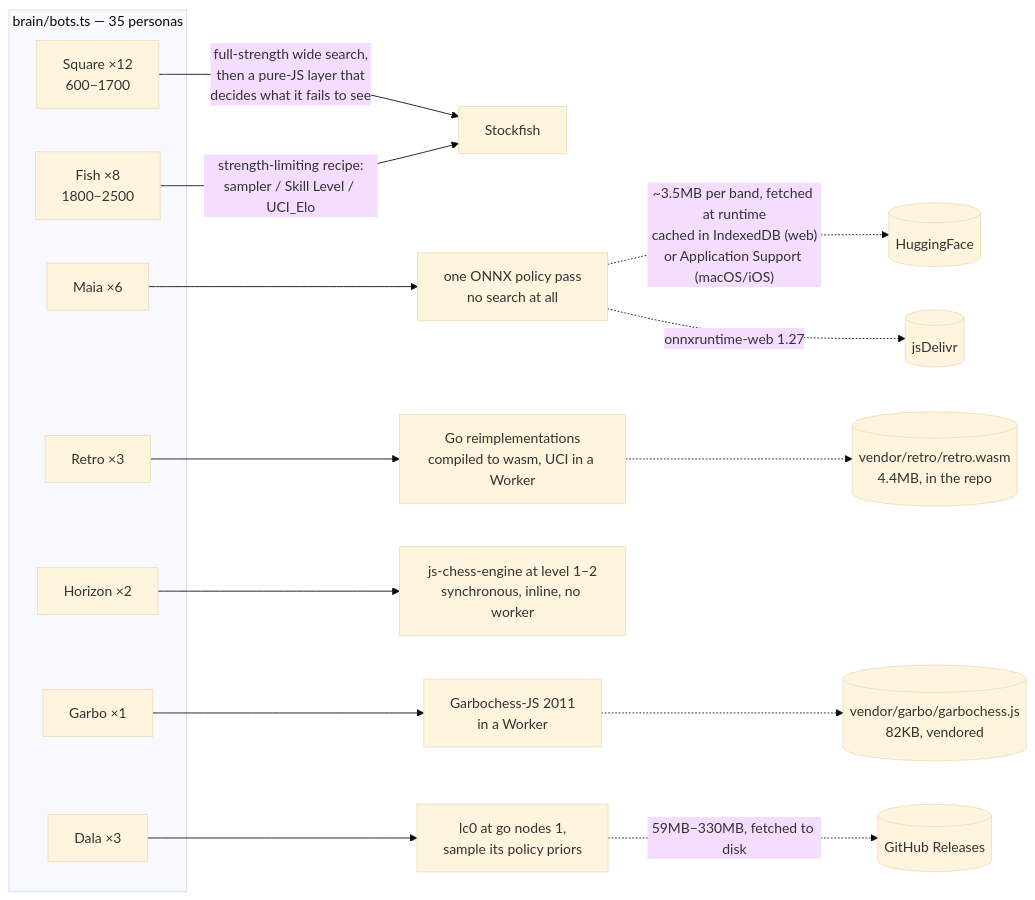
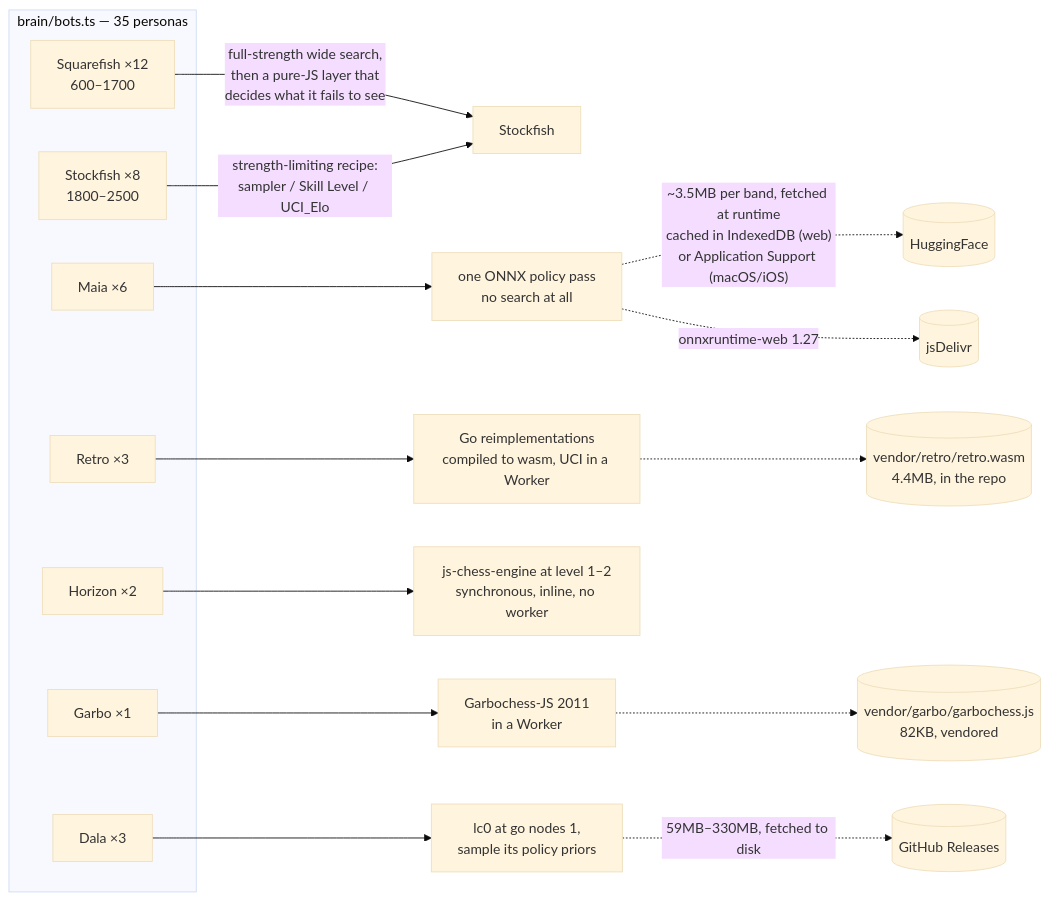
The third of 5 diagrams in ARCHITECTURE.md (quadrismegistus/botvinnik), drawn with Mermaid (base theme) before and after one commit. The commit also changed other lines of this file and 8 other files, not shown here.

````diff
--- a/ARCHITECTURE.md
+++ b/ARCHITECTURE.md
@@ -88,26 +88,26 @@
 ```mermaid
 flowchart LR
     subgraph FAM["brain/bots.ts — 35 personas"]
-        SQ["Square ×12<br/>600–1700"]
-        FI["Fish ×8<br/>1800–2500"]
+        SQ["Squarefish ×12<br/>600–1700"]
+        FI["Stockfish ×8<br/>1800–2500"]
         MA["Maia ×6"]
         RE["Retro ×3"]
         HO["Horizon ×2"]
         GA["Garbo ×1"]
         DA["Dala ×3"]
     end
 
     SQ -->|"full-strength wide search,<br/>then a pure-JS layer that<br/>decides what it fails to see"| SF["Stockfish"]
     FI -->|"strength-limiting recipe:<br/>sampler / Skill Level / UCI_Elo"| SF
     MA --> ONNX["one ONNX policy pass<br/>no search at all"]
     RE --> GOW["Go reimplementations<br/>compiled to wasm, UCI in a Worker"]
     HO --> JSCE["js-chess-engine at level 1–2<br/>synchronous, inline, no worker"]
     GA --> GARBO["Garbochess-JS 2011<br/>in a Worker"]
     DA --> LC0["lc0 at go nodes 1,<br/>sample its policy priors"]
 
     ONNX -.->|"~3.5MB per band, fetched at runtime<br/>cached in IndexedDB (web)<br/>or Application Support (macOS/iOS)"| HF[("HuggingFace")]
     ONNX -.->|"onnxruntime-web 1.27"| CDN[("jsDelivr")]
     GOW -.-> RW[("vendor/retro/retro.wasm<br/>4.4MB, in the repo")]
     GARBO -.-> GB[("vendor/garbo/garbochess.js<br/>82KB, vendored")]
     LC0 -.->|"59MB–330MB, fetched to disk"| GH[("GitHub Releases")]
 ```
````
